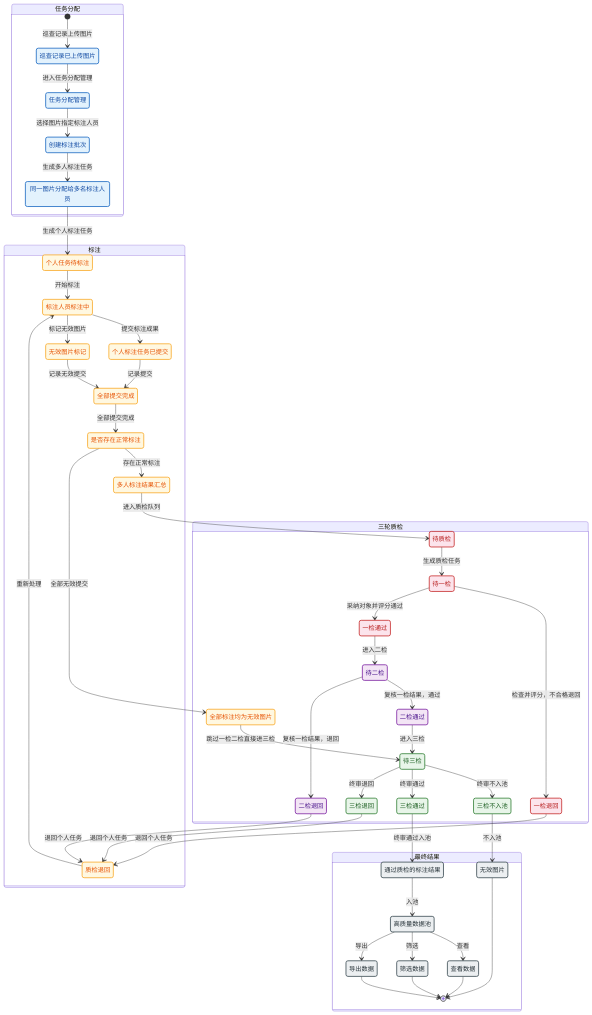
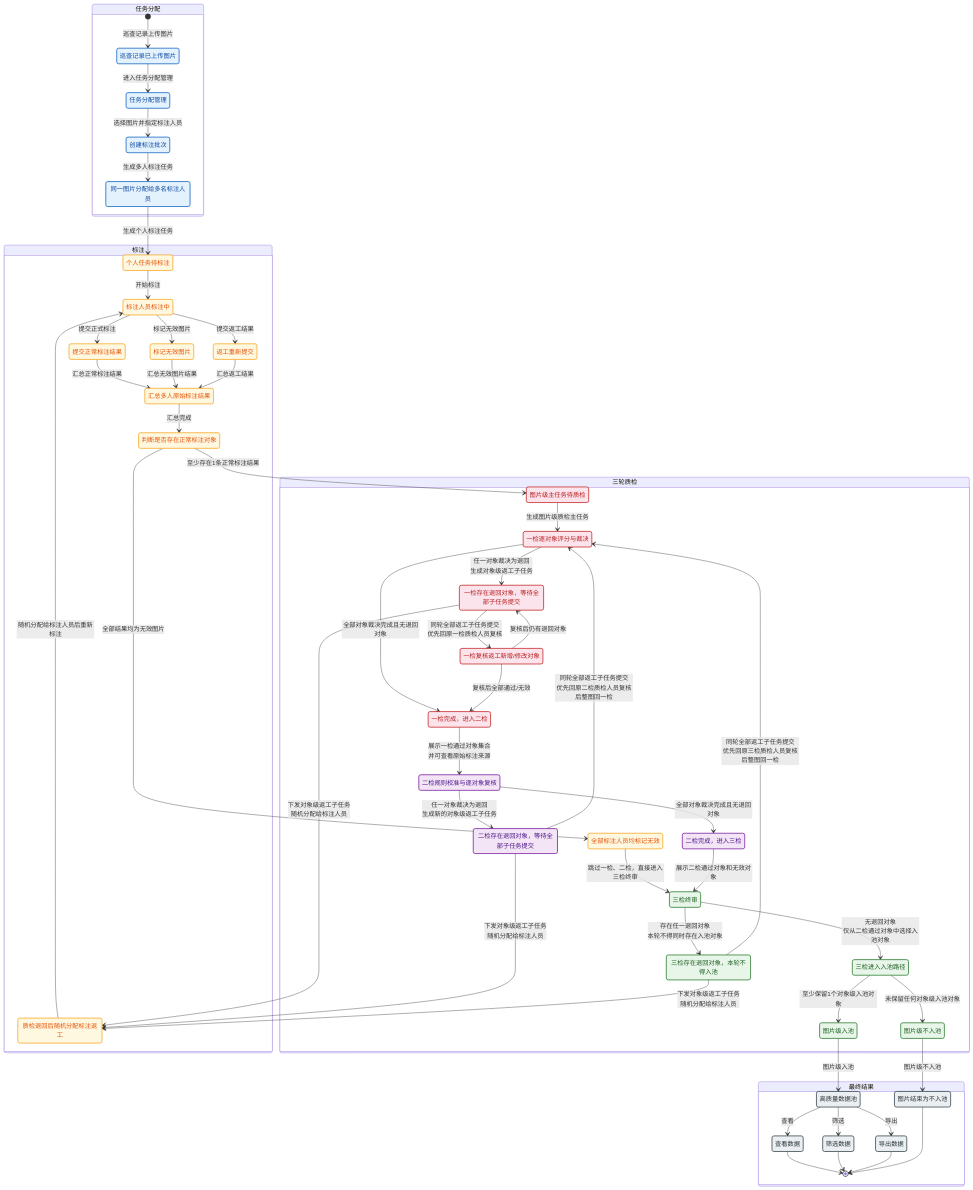
Before and after one commit to zhudan930612/shujuzhili: the diagram in 02-PRD文档/后台管理/标注质检三轮质检流程.mmd, drawn with Mermaid. The commit also changed 1 other file, not shown here.

Commit message:
docs(质检方案): 重构三轮质检流程状态图并补充返工分配规则
- 重构Mermaid状态图：细化标注阶段的返工闭环、三轮质检的等待/复核状态

- 明确返工子任务随机分配给标注人员，复核优先回原质检人员

- 三检区分入池路径与退回路径，明确图片级入池/不入池终局

- 移除FinalInvalid状态，统一使用NoPoolEnd作为不入池终局

```diff
--- a/02-PRD文档/后台管理/标注质检三轮质检流程.mmd
+++ b/02-PRD文档/后台管理/标注质检三轮质检流程.mmd
@@ -1,126 +1,133 @@
 %%{init: {'theme':'mc'}}%%
 stateDiagram-v2
   %% ═══════════════════════════════════════════
   %% 阶段一：任务分配
   %% ═══════════════════════════════════════════
   state "任务分配" as Assign {
     InspectionUploaded: 巡查记录已上传图片
     AssignmentManage: 任务分配管理
     BatchCreated: 创建标注批次
     MultiAnnotationAssigned: 同一图片分配给多名标注人员
 
     [*] --> InspectionUploaded: 巡查记录上传图片
     InspectionUploaded --> AssignmentManage: 进入任务分配管理
-    AssignmentManage --> BatchCreated: 选择图片指定标注人员
+    AssignmentManage --> BatchCreated: 选择图片并指定标注人员
     BatchCreated --> MultiAnnotationAssigned: 生成多人标注任务
   }
 
   %% ═══════════════════════════════════════════
   %% 阶段二：标注
   %% ═══════════════════════════════════════════
   state "标注" as Anno {
     AnnotationTodo: 个人任务待标注
     Annotating: 标注人员标注中
-    AnnotationSubmitted: 个人标注任务已提交
-    AnnotationInvalid: 无效图片标记
-    AllAnnotationSubmitted: 全部提交完成
-    HasValidAnnotation: 是否存在正常标注
-    AnnotationMerged: 多人标注结果汇总
-    AllInvalidSample: 全部标注均为无效图片
-    AnnotationReturned: 质检退回
+    AnnotationSubmitted: 提交正常标注结果
+    AnnotationInvalid: 标记无效图片
+    AnnotationReturned: 质检退回后随机分配标注返工
+    AnnotationResubmitted: 返工重新提交
+    AnnotationMerged: 汇总多人原始标注结果
+    CheckMergedResult: 判断是否存在正常标注对象
+    AllInvalidSample: 全部标注人员均标记无效
 
     AnnotationTodo --> Annotating: 开始标注
-    Annotating --> AnnotationSubmitted: 提交标注成果
+    Annotating --> AnnotationSubmitted: 提交正式标注
     Annotating --> AnnotationInvalid: 标记无效图片
-    AnnotationSubmitted --> AllAnnotationSubmitted: 记录提交
-    AnnotationInvalid --> AllAnnotationSubmitted: 记录无效提交
-    AnnotationReturned --> Annotating: 重新处理
-    AllAnnotationSubmitted --> HasValidAnnotation: 全部提交完成
-    HasValidAnnotation --> AnnotationMerged: 存在正常标注
-    HasValidAnnotation --> AllInvalidSample: 全部无效提交
+    AnnotationReturned --> Annotating: 随机分配给标注人员后重新标注
+    Annotating --> AnnotationResubmitted: 提交返工结果
+    AnnotationSubmitted --> AnnotationMerged: 汇总正常标注结果
+    AnnotationInvalid --> AnnotationMerged: 汇总无效图片结果
+    AnnotationResubmitted --> AnnotationMerged: 汇总返工结果
+    AnnotationMerged --> CheckMergedResult: 汇总完成
+    CheckMergedResult --> QCWaiting: 至少存在1条正常标注结果
+    CheckMergedResult --> AllInvalidSample: 全部结果均为无效图片
   }
 
   %% ═══════════════════════════════════════════
   %% 阶段三：三轮质检
   %% ═══════════════════════════════════════════
   state "三轮质检" as QC {
-    QCWaiting: 待质检
+    QCWaiting: 图片级主任务待质检
 
-    QC1Waiting: 待一检
-    QC1Passed: 一检通过
-    QC1Returned: 一检退回
+    QC1Review: 一检逐对象评分与裁决
+    QC1WaitRework: 一检存在退回对象，等待全部子任务提交
+    QC1ReReview: 一检复核返工新增/修改对象
+    QC1Passed: 一检完成，进入二检
 
-    QC2Waiting: 待二检
-    QC2Passed: 二检通过
-    QC2Returned: 二检退回
+    QC2Review: 二检规则校准与逐对象复核
+    QC2WaitRework: 二检存在退回对象，等待全部子任务提交
+    QC2Passed: 二检完成，进入三检
 
-    QC3Waiting: 待三检
-    QC3Passed: 三检通过
-    QC3NoPool: 三检不入池
-    QC3Returned: 三检退回
+    QC3Review: 三检终审
+    QC3WaitRework: 三检存在退回对象，本轮不得入池
+    QC3PoolPath: 三检进入入池路径
+    QC3NoPool: 图片级不入池
+    QC3Pooled: 图片级入池
 
-    QCWaiting --> QC1Waiting: 生成质检任务
-    AllInvalidSample --> QC3Waiting: 跳过一检二检直接进三检
+    QCWaiting --> QC1Review: 生成图片级质检主任务
+    AllInvalidSample --> QC3Review: 跳过一检、二检，直接进入三检终审
 
-    QC1Waiting --> QC1Returned: 检查并评分，不合格退回
-    QC1Waiting --> QC1Passed: 采纳对象并评分通过
+    QC1Review --> QC1WaitRework: 任一对象裁决为退回<br/>生成对象级返工子任务
+    QC1Review --> QC1Passed: 全部对象裁决完成且无退回对象
+    QC1WaitRework --> QC1ReReview: 同轮全部返工子任务提交<br/>优先回原一检质检人员复核
+    QC1ReReview --> QC1WaitRework: 复核后仍有退回对象
+    QC1ReReview --> QC1Passed: 复核后全部通过/无效
 
-    QC1Passed --> QC2Waiting: 进入二检
-    QC2Waiting --> QC2Passed: 复核一检结果，通过
-    QC2Waiting --> QC2Returned: 复核一检结果，退回
+    QC1Passed --> QC2Review: 展示一检通过对象集合<br/>并可查看原始标注来源
+    QC2Review --> QC2WaitRework: 任一对象裁决为退回<br/>生成新的对象级返工子任务
+    QC2Review --> QC2Passed: 全部对象裁决完成且无退回对象
+    QC2WaitRework --> QC1Review: 同轮全部返工子任务提交<br/>优先回原二检质检人员复核后整图回一检
 
-    QC2Passed --> QC3Waiting: 进入三检
-    QC3Waiting --> QC3NoPool: 终审不入池
-    QC3Waiting --> QC3Passed: 终审通过
-    QC3Waiting --> QC3Returned: 终审退回
+    QC2Passed --> QC3Review: 展示二检通过对象和无效对象
+    QC3Review --> QC3WaitRework: 存在任一退回对象<br/>本轮不得同时存在入池对象
+    QC3Review --> QC3PoolPath: 无退回对象<br/>仅从二检通过对象中选择入池对象
+    QC3WaitRework --> QC1Review: 同轮全部返工子任务提交<br/>优先回原三检质检人员复核后整图回一检
+    QC3PoolPath --> QC3Pooled: 至少保留1个对象级入池对象
+    QC3PoolPath --> QC3NoPool: 未保留任何对象级入池对象
   }
 
   %% ═══════════════════════════════════════════
   %% 阶段四：最终结果
   %% ═══════════════════════════════════════════
   state "最终结果" as Result {
-    FinalInvalid: 无效图片
-    TrustedResult: 通过质检的标注结果
     QualityDataPool: 高质量数据池
     QualityDataView: 查看数据
     QualityDataFilter: 筛选数据
     QualityDataExport: 导出数据
+    NoPoolEnd: 图片结束为不入池
 
-    TrustedResult --> QualityDataPool: 入池
     QualityDataPool --> QualityDataView: 查看
     QualityDataPool --> QualityDataFilter: 筛选
     QualityDataPool --> QualityDataExport: 导出
 
     QualityDataView --> [*]
     QualityDataFilter --> [*]
     QualityDataExport --> [*]
-    FinalInvalid --> [*]
+    NoPoolEnd --> [*]
   }
 
   %% ═══════════════════════════════════════════
   %% 跨阶段连线
   %% ═══════════════════════════════════════════
   MultiAnnotationAssigned --> AnnotationTodo: 生成个人标注任务
-  AnnotationMerged --> QCWaiting: 进入质检队列
-  QC1Returned --> AnnotationReturned: 退回个人任务
-  QC2Returned --> AnnotationReturned: 退回个人任务
-  QC3Returned --> AnnotationReturned: 退回个人任务
-  QC3Passed --> TrustedResult: 终审通过入池
-  QC3NoPool --> FinalInvalid: 不入池
+  QC1WaitRework --> AnnotationReturned: 下发对象级返工子任务<br/>随机分配给标注人员
+  QC2WaitRework --> AnnotationReturned: 下发对象级返工子任务<br/>随机分配给标注人员
+  QC3WaitRework --> AnnotationReturned: 下发对象级返工子任务<br/>随机分配给标注人员
+  QC3Pooled --> QualityDataPool: 图片级入池
+  QC3NoPool --> NoPoolEnd: 图片级不入池
 
   %% ═══════════════════════════════════════════
   %% 样式
   %% ═══════════════════════════════════════════
   classDef assignStyle fill:#e3f2fd,stroke:#1565c0,stroke-width:2px,color:#0d47a1
   classDef annoStyle fill:#fff8e1,stroke:#f9a825,stroke-width:2px,color:#e65100
   classDef qc1Style fill:#fce4ec,stroke:#c62828,stroke-width:2px,color:#b71c1c
   classDef qc2Style fill:#f3e5f5,stroke:#7b1fa2,stroke-width:2px,color:#4a148c
   classDef qc3Style fill:#e8f5e9,stroke:#2e7d32,stroke-width:2px,color:#1b5e20
   classDef resultStyle fill:#eceff1,stroke:#37474f,stroke-width:2px,color:#263238
 
   class InspectionUploaded,AssignmentManage,BatchCreated,MultiAnnotationAssigned assignStyle
-  class AnnotationTodo,Annotating,AnnotationSubmitted,AnnotationInvalid,AllAnnotationSubmitted,HasValidAnnotation,AnnotationMerged,AllInvalidSample,AnnotationReturned annoStyle
-  class QCWaiting,QC1Waiting,QC1Passed,QC1Returned qc1Style
-  class QC2Waiting,QC2Passed,QC2Returned qc2Style
-  class QC3Waiting,QC3Passed,QC3NoPool,QC3Returned qc3Style
-  class FinalInvalid,TrustedResult,QualityDataPool,QualityDataView,QualityDataFilter,QualityDataExport resultStyle
+  class AnnotationTodo,Annotating,AnnotationSubmitted,AnnotationInvalid,AnnotationReturned,AnnotationResubmitted,AnnotationMerged,CheckMergedResult,AllInvalidSample annoStyle
+  class QCWaiting,QC1Review,QC1WaitRework,QC1ReReview,QC1Passed qc1Style
+  class QC2Review,QC2WaitRework,QC2Passed qc2Style
+  class QC3Review,QC3WaitRework,QC3PoolPath,QC3NoPool,QC3Pooled qc3Style
+  class QualityDataPool,QualityDataView,QualityDataFilter,QualityDataExport,NoPoolEnd resultStyle
```
